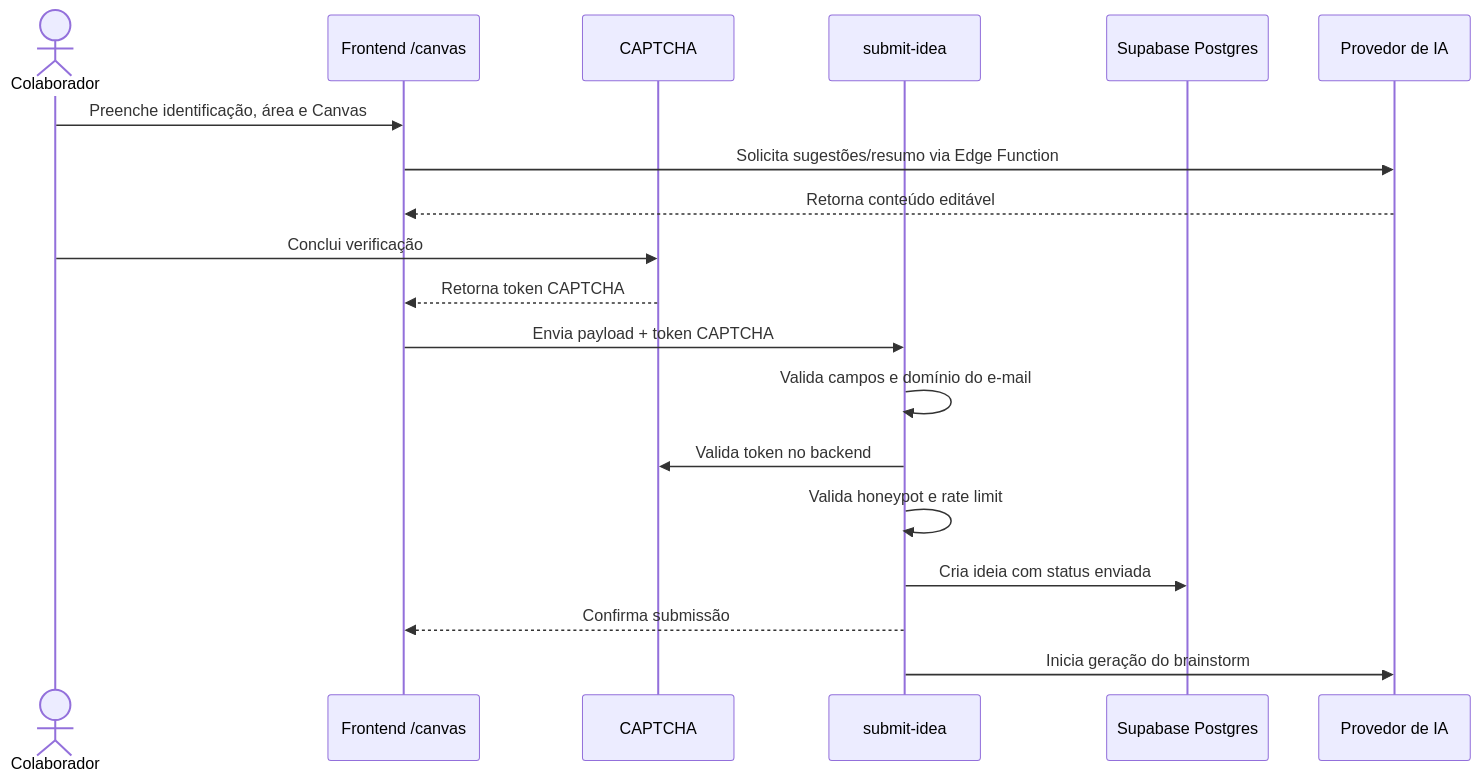
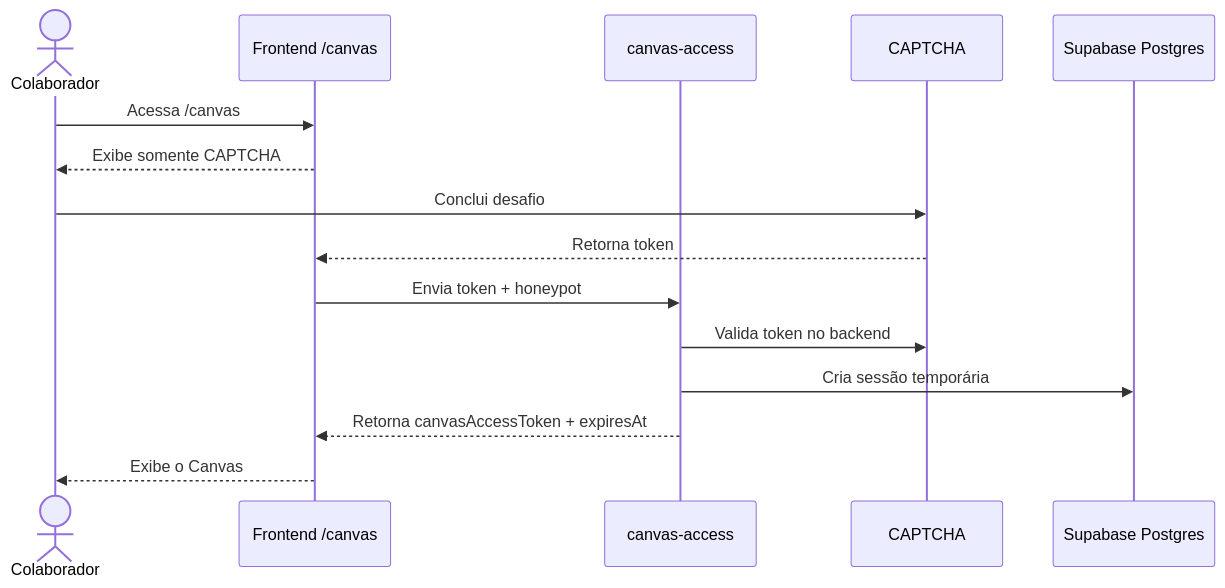
Before and after one commit to phablo-tavares/documentacao_portal_inovacao: the second of 7 diagrams in design-tecnico-portal-inovacao.md, drawn with Mermaid. The commit also changed other lines of this file and 1 other file, not shown here.

````diff
--- a/design-tecnico-portal-inovacao.md
+++ b/design-tecnico-portal-inovacao.md
@@ -126,22 +133,18 @@
 ```mermaid
 sequenceDiagram
   actor U as Colaborador
   participant FE as Frontend /canvas
+  participant EF as canvas-access
   participant CAP as CAPTCHA
-  participant EF as submit-idea
   participant DB as Supabase Postgres
-  participant AI as Provedor de IA
 
-  U->>FE: Preenche identificação, área e Canvas
-  FE->>AI: Solicita sugestões/resumo via Edge Function
-  AI-->>FE: Retorna conteúdo editável
-  U->>CAP: Conclui verificação
-  CAP-->>FE: Retorna token CAPTCHA
-  FE->>EF: Envia payload + token CAPTCHA
-  EF->>EF: Valida campos e domínio do e-mail
+  U->>FE: Acessa /canvas
+  FE-->>U: Exibe somente CAPTCHA
+  U->>CAP: Conclui desafio
+  CAP-->>FE: Retorna token
+  FE->>EF: Envia token + honeypot
   EF->>CAP: Valida token no backend
-  EF->>EF: Valida honeypot e rate limit
-  EF->>DB: Cria ideia com status enviada
-  EF-->>FE: Confirma submissão
-  EF->>AI: Inicia geração do brainstorm
+  EF->>DB: Cria sessão temporária
+  EF-->>FE: Retorna canvasAccessToken + expiresAt
+  FE-->>U: Exibe o Canvas
 ```
````
